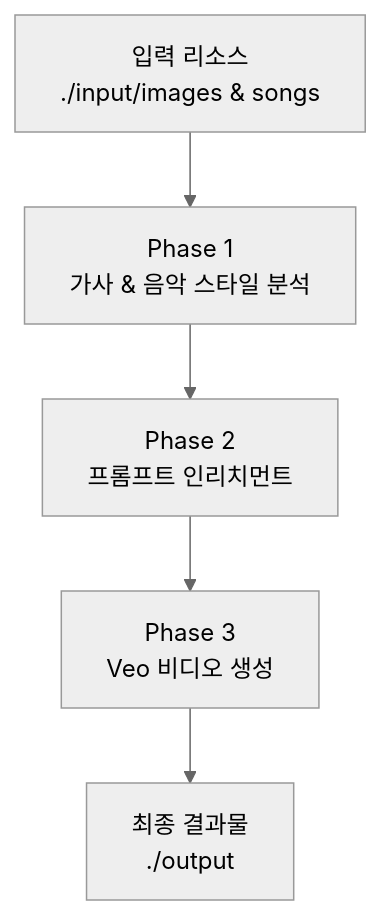
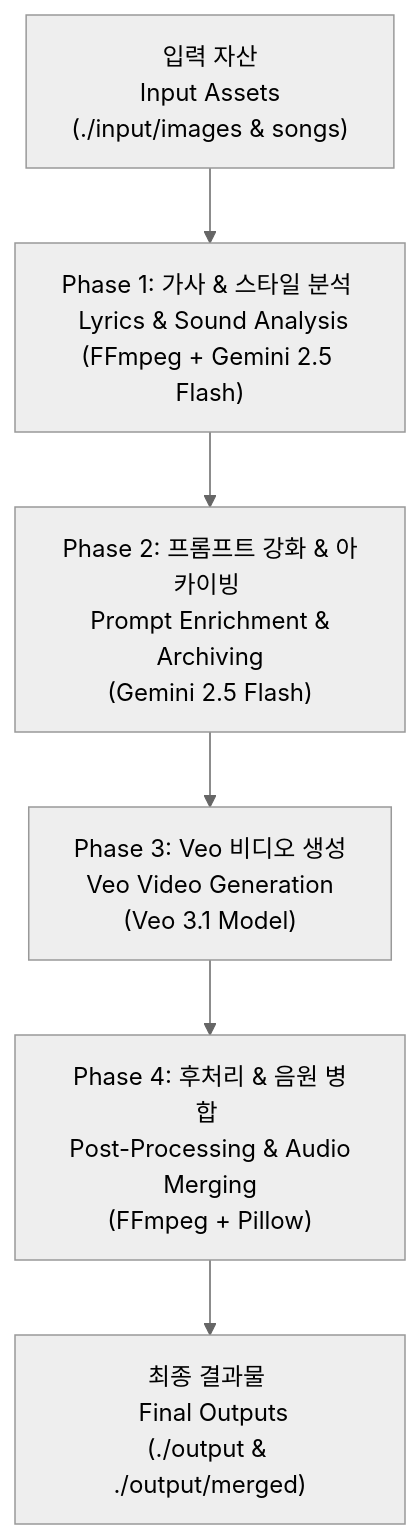
The first of 6 diagrams in ARCHITECTURE.md (electronicnomad/stage-backdrops), drawn with Mermaid before and after one commit. The commit also changed other lines of this file, not shown here.

Commit message:
docs: update ARCHITECTURE.md to bilingual Korean/English specification

````diff
--- a/ARCHITECTURE.md
+++ b/ARCHITECTURE.md
@@ -11,8 +16,9 @@
 ```mermaid
 %%{init: {'theme': 'neutral'}}%%
 flowchart TD
-    A["입력 리소스<br>./input/images & songs"] --> B["Phase 1<br>가사 & 음악 스타일 분석"]
-    B --> C["Phase 2<br>프롬프트 인리치먼트"]
-    C --> D["Phase 3<br>Veo 비디오 생성"]
-    D --> E["최종 결과물<br>./output"]
+    A["입력 자산 <br> Input Assets<br>(./input/images & songs)"] --> B["Phase 1: 가사 & 스타일 분석 <br> Lyrics & Sound Analysis<br>(FFmpeg + Gemini 2.5 Flash)"]
+    B --> C["Phase 2: 프롬프트 강화 & 아카이빙 <br> Prompt Enrichment & Archiving<br>(Gemini 2.5 Flash)"]
+    C --> D["Phase 3: Veo 비디오 생성 <br> Veo Video Generation<br>(Veo 3.1 Model)"]
+    D --> E["Phase 4: 후처리 & 음원 병합 <br> Post-Processing & Audio Merging<br>(FFmpeg + Pillow)"]
+    E --> F["최종 결과물 <br> Final Outputs<br>(./output & ./output/merged)"]
 ```
````
